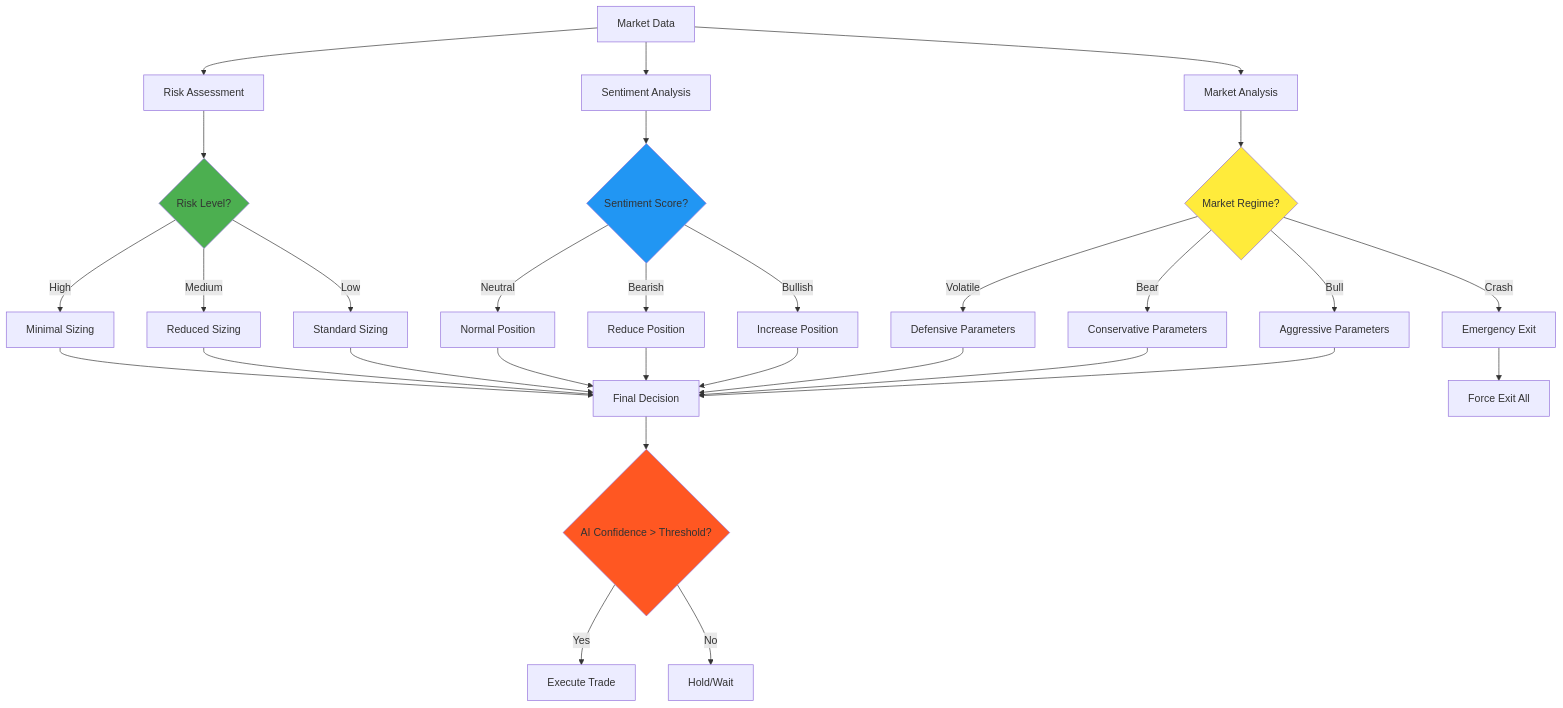
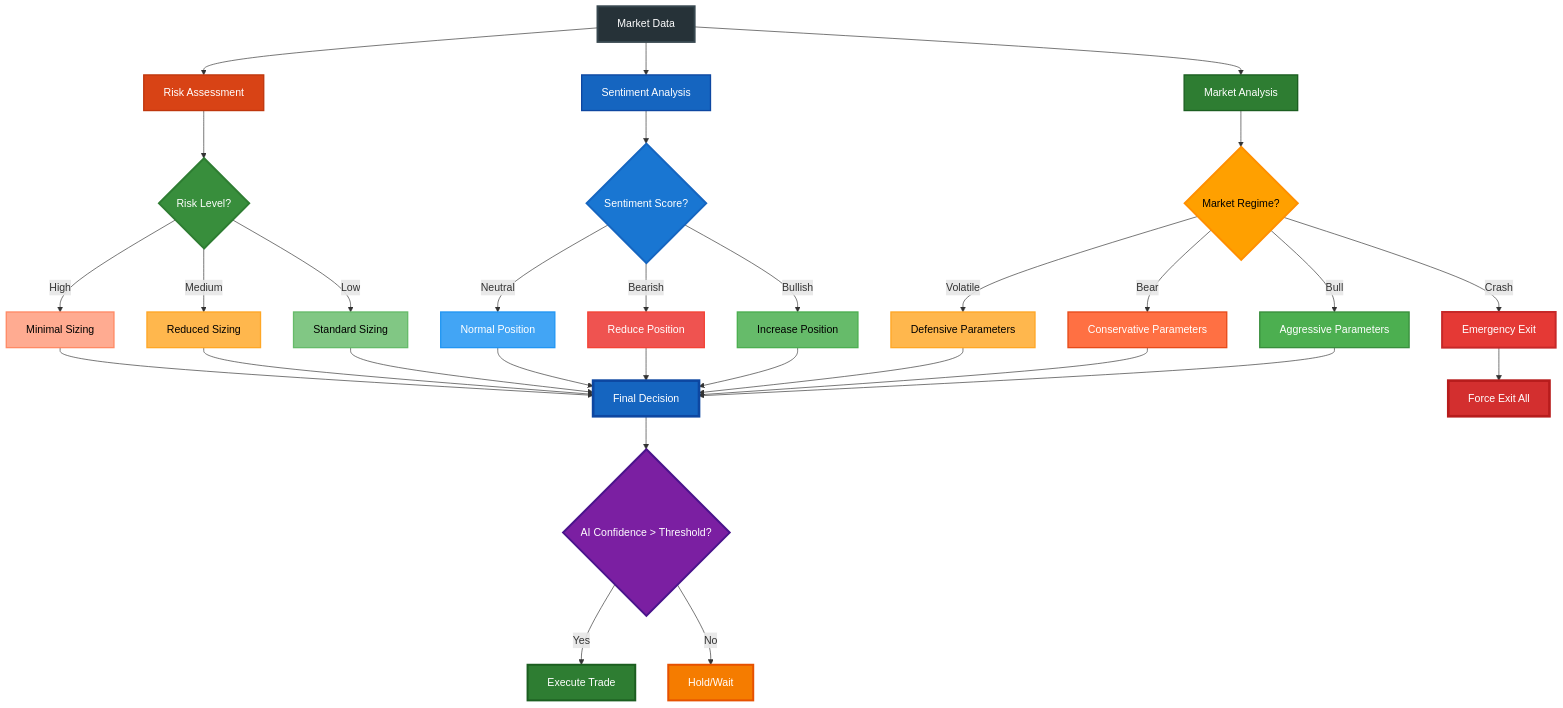
The third of 5 diagrams in AI_SYSTEM.md (solid-computing/AI-Trading), drawn with Mermaid before and after one commit. The commit also changed other lines of this file and 1 other file, not shown here.

Commit message:
Enhance mermaid diagrams with improved color contrast and accessibility

````diff
--- a/AI_SYSTEM.md
+++ b/AI_SYSTEM.md
@@ -107,42 +128,65 @@
 ```mermaid
 flowchart TD
     A[Market Data] --> B[Market Analysis]
     A --> C[Sentiment Analysis]
     A --> D[Risk Assessment]
     
     B --> E{Market Regime?}
     E -->|Bull| F[Aggressive Parameters]
     E -->|Bear| G[Conservative Parameters]
     E -->|Volatile| H[Defensive Parameters]
     E -->|Crash| I[Emergency Exit]
     
     C --> J{Sentiment Score?}
     J -->|Bullish| K[Increase Position]
     J -->|Bearish| L[Reduce Position]
     J -->|Neutral| M[Normal Position]
     
     D --> N{Risk Level?}
     N -->|Low| O[Standard Sizing]
     N -->|Medium| P[Reduced Sizing]
     N -->|High| Q[Minimal Sizing]
     
     F --> R[Final Decision]
     G --> R
     H --> R
     I --> S[Force Exit All]
     K --> R
     L --> R
     M --> R
     O --> R
     P --> R
     Q --> R
     
     R --> T{AI Confidence > Threshold?}
     T -->|Yes| U[Execute Trade]
     T -->|No| V[Hold/Wait]
     
-    style E fill:#ffeb3b
-    style J fill:#2196f3
-    style N fill:#4caf50
-    style T fill:#ff5722
+    style A fill:#263238,stroke:#37474F,stroke-width:3px,color:#FFFFFF
+    style B fill:#2E7D32,stroke:#1B5E20,stroke-width:2px,color:#FFFFFF
+    style C fill:#1565C0,stroke:#0D47A1,stroke-width:2px,color:#FFFFFF
+    style D fill:#D84315,stroke:#BF360C,stroke-width:2px,color:#FFFFFF
+    
+    style E fill:#FFA000,stroke:#FF8F00,stroke-width:3px,color:#000000
+    style J fill:#1976D2,stroke:#1565C0,stroke-width:3px,color:#FFFFFF
+    style N fill:#388E3C,stroke:#2E7D32,stroke-width:3px,color:#FFFFFF
+    style T fill:#7B1FA2,stroke:#4A148C,stroke-width:3px,color:#FFFFFF
+    
+    style F fill:#4CAF50,stroke:#388E3C,stroke-width:2px,color:#FFFFFF
+    style G fill:#FF7043,stroke:#E64A19,stroke-width:2px,color:#FFFFFF
+    style H fill:#FFB74D,stroke:#FFA726,stroke-width:2px,color:#000000
+    style I fill:#E53935,stroke:#C62828,stroke-width:3px,color:#FFFFFF
+    
+    style K fill:#66BB6A,stroke:#4CAF50,stroke-width:2px,color:#000000
+    style L fill:#EF5350,stroke:#F44336,stroke-width:2px,color:#FFFFFF
+    style M fill:#42A5F5,stroke:#2196F3,stroke-width:2px,color:#FFFFFF
+    
+    style O fill:#81C784,stroke:#66BB6A,stroke-width:2px,color:#000000
+    style P fill:#FFB74D,stroke:#FFA726,stroke-width:2px,color:#000000
+    style Q fill:#FFAB91,stroke:#FF8A65,stroke-width:2px,color:#000000
+    
+    style R fill:#1565C0,stroke:#0D47A1,stroke-width:4px,color:#FFFFFF
+    style S fill:#D32F2F,stroke:#B71C1C,stroke-width:4px,color:#FFFFFF
+    style U fill:#2E7D32,stroke:#1B5E20,stroke-width:3px,color:#FFFFFF
+    style V fill:#F57C00,stroke:#E65100,stroke-width:3px,color:#FFFFFF
 ```
````
